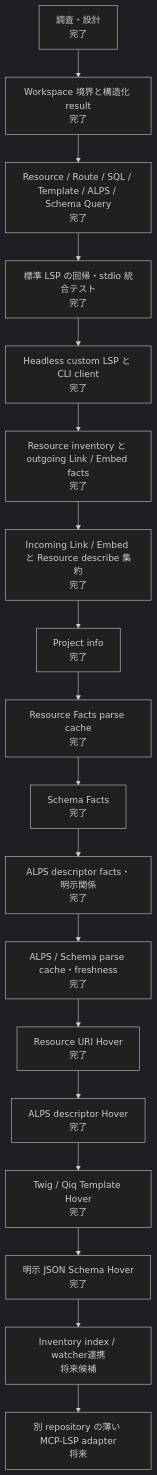
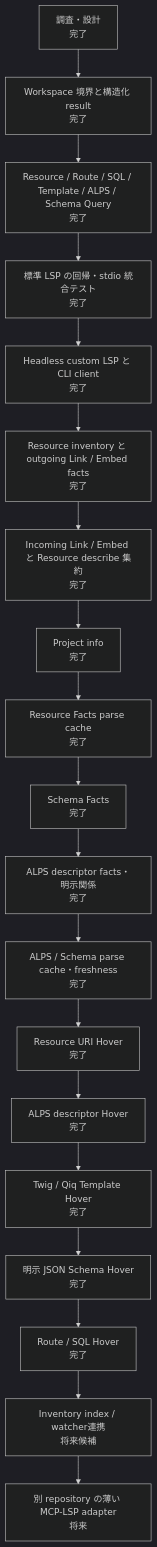
One commit to suzumaze/bear-phpactor-extension changed the second of 2 diagrams in docs/semantic-lsp-progress.ja.md. Above: the diagram before and after it, drawn with Mermaid (dark theme). The commit also changed other lines of this file and 13 other files, not shown here.

Commit message:
feat: expose route and sql targets through standard hover

````diff
--- a/docs/semantic-lsp-progress.ja.md
+++ b/docs/semantic-lsp-progress.ja.md
@@ -31,23 +31,24 @@
 ```mermaid
 flowchart TD
     p0["調査・設計\n完了"]
     p1["Workspace 境界と構造化 result\n完了"]
     p2["Resource / Route / SQL / Template / ALPS / Schema Query\n完了"]
     p3["標準 LSP の回帰・stdio 統合テスト\n完了"]
     p4["Headless custom LSP と CLI client\n完了"]
     p5["Resource inventory と outgoing Link / Embed facts\n完了"]
     p6["Incoming Link / Embed と Resource describe 集約\n完了"]
     p7["Project info\n完了"]
     p75["Resource Facts parse cache\n完了"]
     p76["Schema Facts\n完了"]
     p77["ALPS descriptor facts・明示関係\n完了"]
     p78["ALPS / Schema parse cache・freshness\n完了"]
     p79["Resource URI Hover\n完了"]
     p80["ALPS descriptor Hover\n完了"]
     p81["Twig / Qiq Template Hover\n完了"]
     p82["明示 JSON Schema Hover\n完了"]
-    p83["Inventory index / watcher連携\n将来候補"]
+    p83["Route / SQL Hover\n完了"]
+    p84["Inventory index / watcher連携\n将来候補"]
     p8["別 repository の薄い MCP-LSP adapter\n将来"]
 
-    p0 --> p1 --> p2 --> p3 --> p4 --> p5 --> p6 --> p7 --> p75 --> p76 --> p77 --> p78 --> p79 --> p80 --> p81 --> p82 --> p83 --> p8
+    p0 --> p1 --> p2 --> p3 --> p4 --> p5 --> p6 --> p7 --> p75 --> p76 --> p77 --> p78 --> p79 --> p80 --> p81 --> p82 --> p83 --> p84 --> p8
 ```
````
